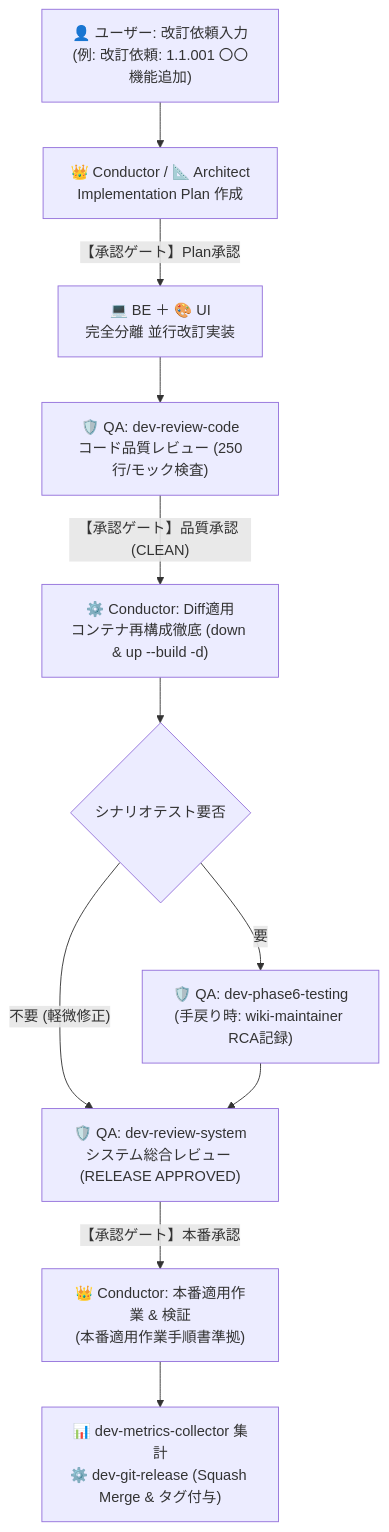
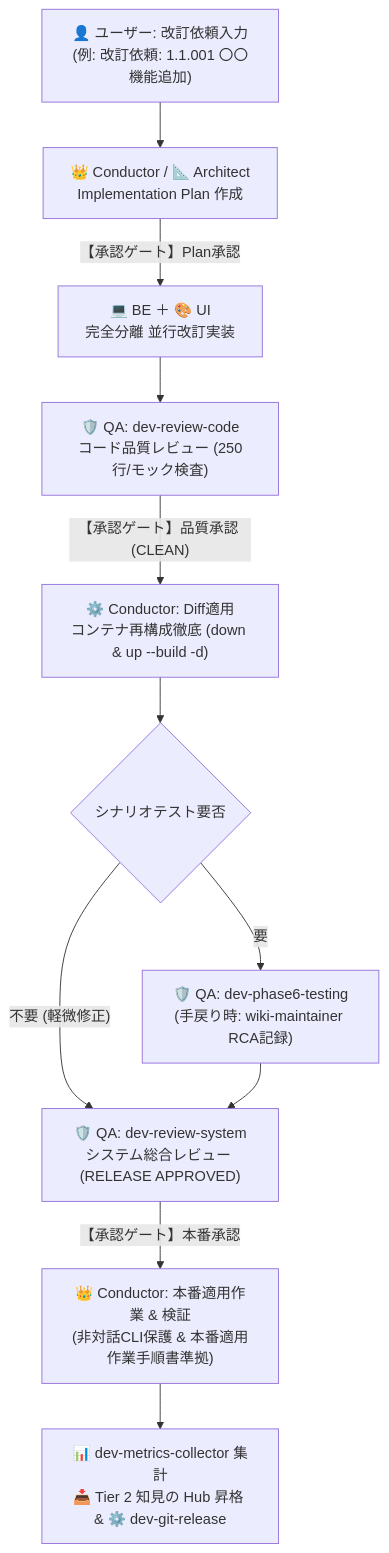
One commit to LeoPanda/template changed the third of 3 diagrams in README.md. Above: the diagram before and after it, drawn with Mermaid. The commit also changed other lines of this file and 57 other files, not shown here.

````diff
--- a/README.md
+++ b/README.md
@@ -353,13 +331,13 @@
 ```mermaid
 flowchart TD
     R_REQ["👤 ユーザー: 改訂依頼入力\n(例: 改訂依頼: 1.1.001 〇〇機能追加)"] --> R_PLAN["👑 Conductor / 📐 Architect\nImplementation Plan 作成"]
     R_PLAN -->|"【承認ゲート】Plan承認"| R_IMPL["💻 BE ＋ 🎨 UI\n完全分離 並行改訂実装"]
     R_IMPL --> R_CODE["🛡️ QA: dev-review-code\nコード品質レビュー (250行/モック検査)"]
     R_CODE -->|"【承認ゲート】品質承認 (CLEAN)"| R_REBUILD["⚙️ Conductor: Diff適用\nコンテナ再構成徹底 (down & up --build -d)"]
     R_REBUILD --> R_TEST{"シナリオテスト要否"}
     R_TEST -->|"要"| R_ST["🛡️ QA: dev-phase6-testing\n(手戻り時: wiki-maintainer RCA記録)"]
     R_TEST -->|"不要 (軽微修正)"| R_SYS["🛡️ QA: dev-review-system\nシステム総合レビュー (RELEASE APPROVED)"]
     R_ST --> R_SYS
-    R_SYS -->|"【承認ゲート】本番承認"| R_DEP["👑 Conductor: 本番適用作業 & 検証\n(本番適用作業手順書準拠)"]
-    R_DEP --> R_FIN["📊 dev-metrics-collector 集計\n⚙️ dev-git-release (Squash Merge & タグ付与)"]
+    R_SYS -->|"【承認ゲート】本番承認"| R_DEP["👑 Conductor: 本番適用作業 & 検証\n(非対話CLI保護 & 本番適用作業手順書準拠)"]
+    R_DEP --> R_FIN["📊 dev-metrics-collector 集計\n📥 Tier 2 知見の Hub 昇格 & ⚙️ dev-git-release"]
 ```
````
